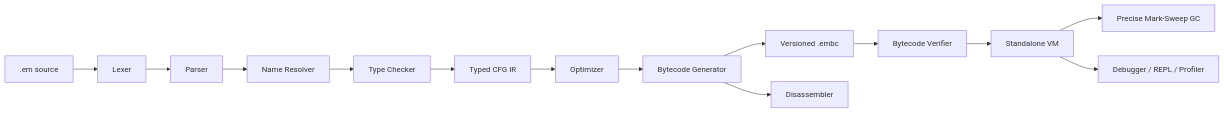
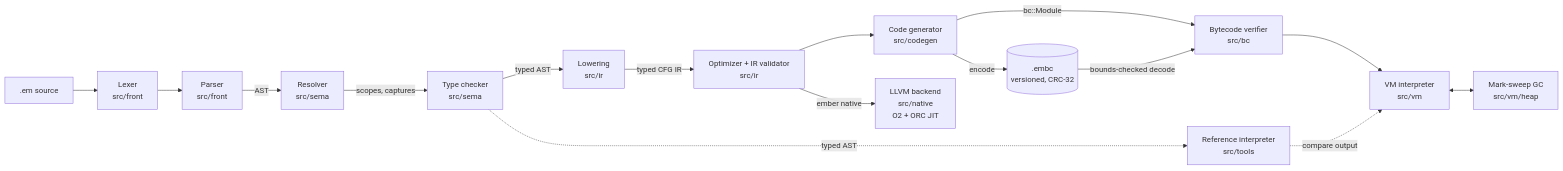
One commit to siddhaantxsingh/EMBER-Compiler changed the diagram in README.md. Above: the diagram before and after it, drawn with Mermaid. The commit also changed other lines of this file and 1 other file, not shown here.

First line of the commit message:
README: rewrite with CI badge, architecture diagram and scoped evidence

````diff
--- a/README.md
+++ b/README.md
@@ -40,17 +53,19 @@
-``` mermaid
+```mermaid
 flowchart LR
-    S[".em source"] --> L["Lexer"]
-    L --> P["Parser"]
-    P --> R["Name Resolver"]
-    R --> T["Type Checker"]
-    T --> I["Typed CFG IR"]
-    I --> O["Optimizer"]
-    O --> G["Bytecode Generator"]
-    G --> F["Versioned .embc"]
-    F --> V["Bytecode Verifier"]
-    V --> VM["Standalone VM"]
-    VM --> GC["Precise Mark-Sweep GC"]
+    SRC[".em source"] --> LEX["Lexer<br/>src/front"]
+    LEX --> PAR["Parser<br/>src/front"]
+    PAR -->|AST| RES["Resolver<br/>src/sema"]
+    RES -->|scopes, captures| TC["Type checker<br/>src/sema"]
+    TC -->|typed AST| LOW["Lowering<br/>src/ir"]
+    LOW -->|typed CFG IR| OPT["Optimizer + IR validator<br/>src/ir"]
+    OPT --> CG["Code generator<br/>src/codegen"]
+    CG -->|encode| FILE[(".embc<br/>versioned, CRC-32")]
+    CG -->|bc::Module| VER
+    FILE -->|bounds-checked decode| VER["Bytecode verifier<br/>src/bc"]
+    VER --> VM["VM interpreter<br/>src/vm"]
+    VM <--> GC["Mark-sweep GC<br/>src/vm/heap"]
 
-    VM --> DBG["Debugger / REPL / Profiler"]
-    G --> DIS["Disassembler"]
+    OPT -->|"ember native"| NAT["LLVM backend<br/>src/native<br/>O2 + ORC JIT"]
+    TC -.->|typed AST| REF["Reference interpreter<br/>src/tools"]
+    REF -.->|compare output| VM
 ```
````
